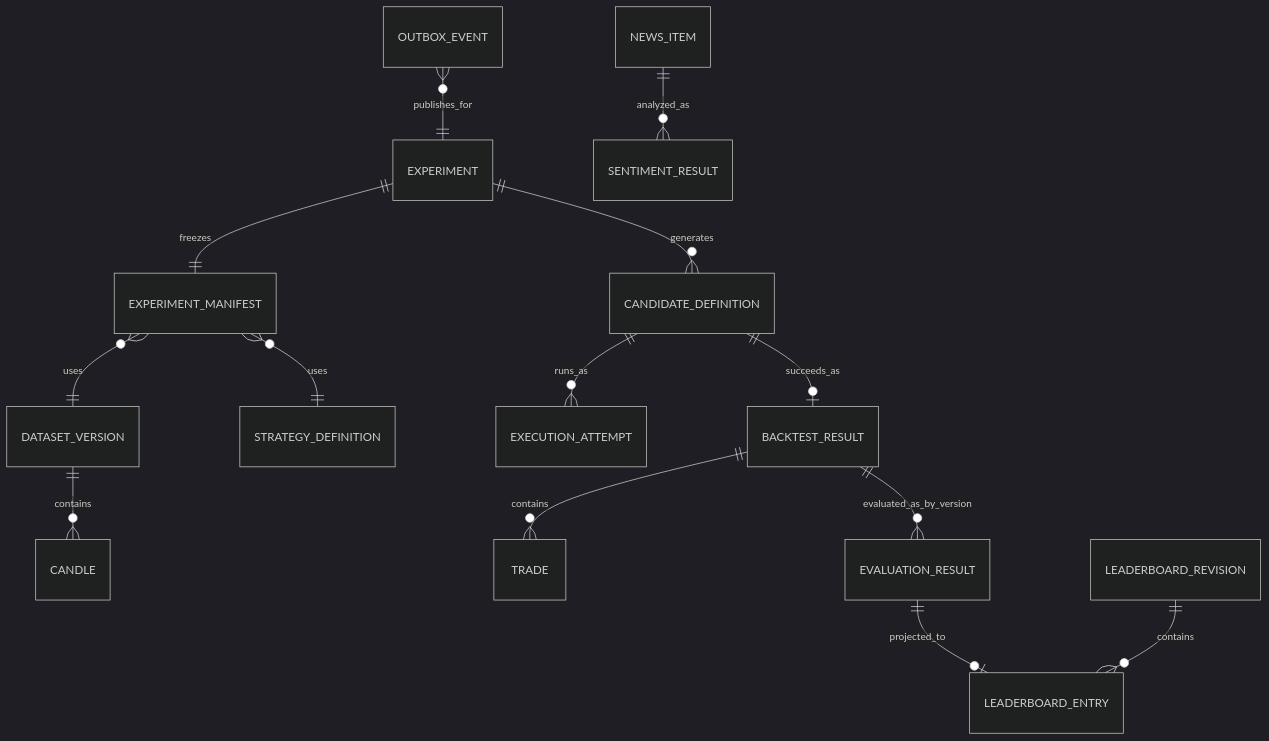
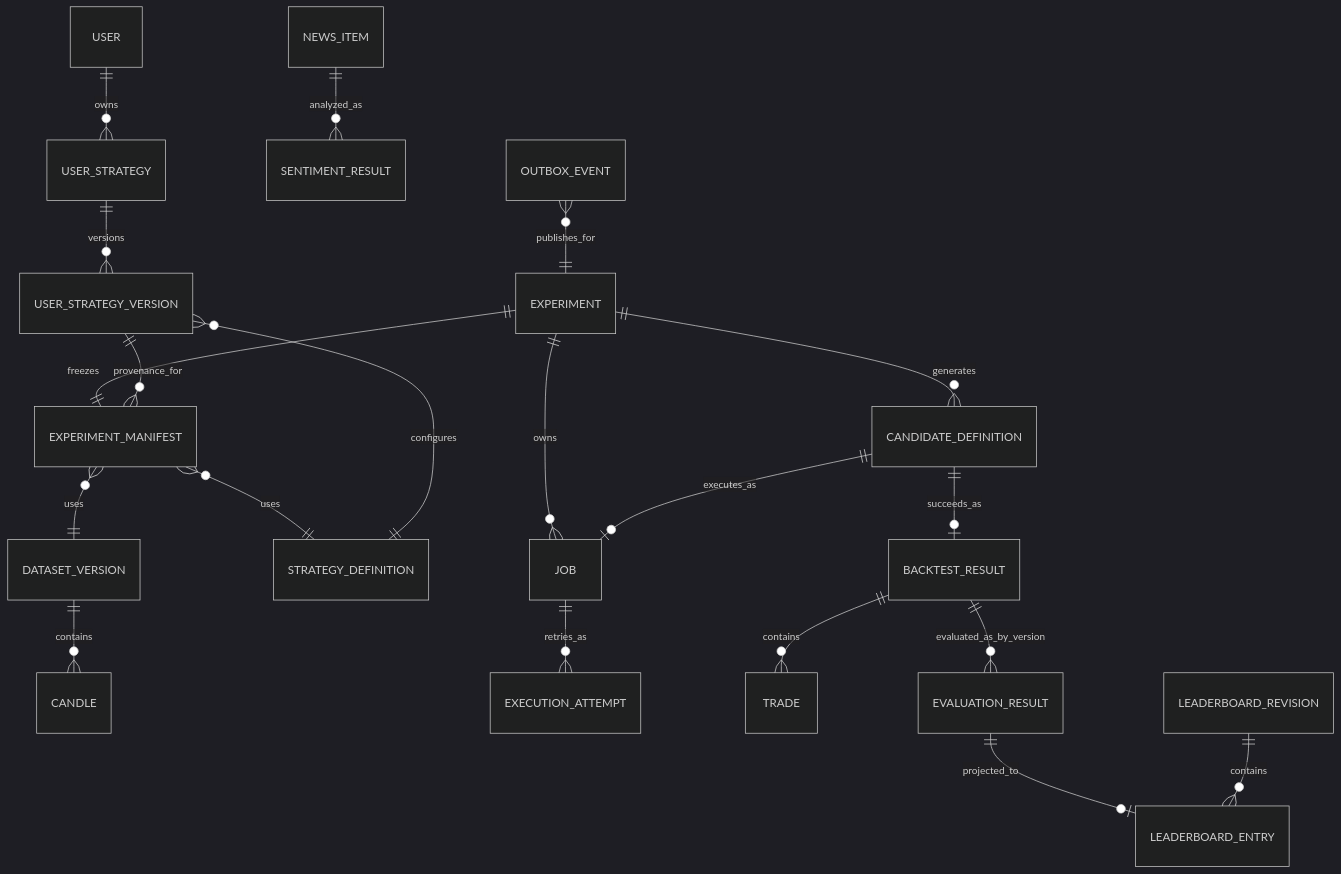
Before and after one commit to PhamVanMinhBinhThuan/crypto-strategy-platform: the first of 4 diagrams in docs/architecture/data-model-overview.md, drawn with Mermaid (dark theme). The commit also changed other lines of this file and 20 other files, not shown here.

Commit message:
feat(database): add user-owned strategies and durable job model

````diff
--- a/docs/architecture/data-model-overview.md
+++ b/docs/architecture/data-model-overview.md
@@ -13,16 +13,22 @@
 ```mermaid
 erDiagram
     DATASET_VERSION ||--o{ CANDLE : contains
     EXPERIMENT ||--|| EXPERIMENT_MANIFEST : freezes
     EXPERIMENT_MANIFEST }o--|| DATASET_VERSION : uses
     EXPERIMENT_MANIFEST }o--|| STRATEGY_DEFINITION : uses
+    USER ||--o{ USER_STRATEGY : owns
+    USER_STRATEGY ||--o{ USER_STRATEGY_VERSION : versions
+    USER_STRATEGY_VERSION }o--|| STRATEGY_DEFINITION : configures
+    USER_STRATEGY_VERSION ||--o{ EXPERIMENT_MANIFEST : provenance_for
     EXPERIMENT ||--o{ CANDIDATE_DEFINITION : generates
-    CANDIDATE_DEFINITION ||--o{ EXECUTION_ATTEMPT : runs_as
+    EXPERIMENT ||--o{ JOB : owns
+    CANDIDATE_DEFINITION ||--o| JOB : executes_as
+    JOB ||--o{ EXECUTION_ATTEMPT : retries_as
     CANDIDATE_DEFINITION ||--o| BACKTEST_RESULT : succeeds_as
     BACKTEST_RESULT ||--o{ TRADE : contains
     BACKTEST_RESULT ||--o{ EVALUATION_RESULT : evaluated_as_by_version
     EVALUATION_RESULT ||--o| LEADERBOARD_ENTRY : projected_to
     LEADERBOARD_REVISION ||--o{ LEADERBOARD_ENTRY : contains
     NEWS_ITEM ||--o{ SENTIMENT_RESULT : analyzed_as
     OUTBOX_EVENT }o--|| EXPERIMENT : publishes_for
 ```
````
